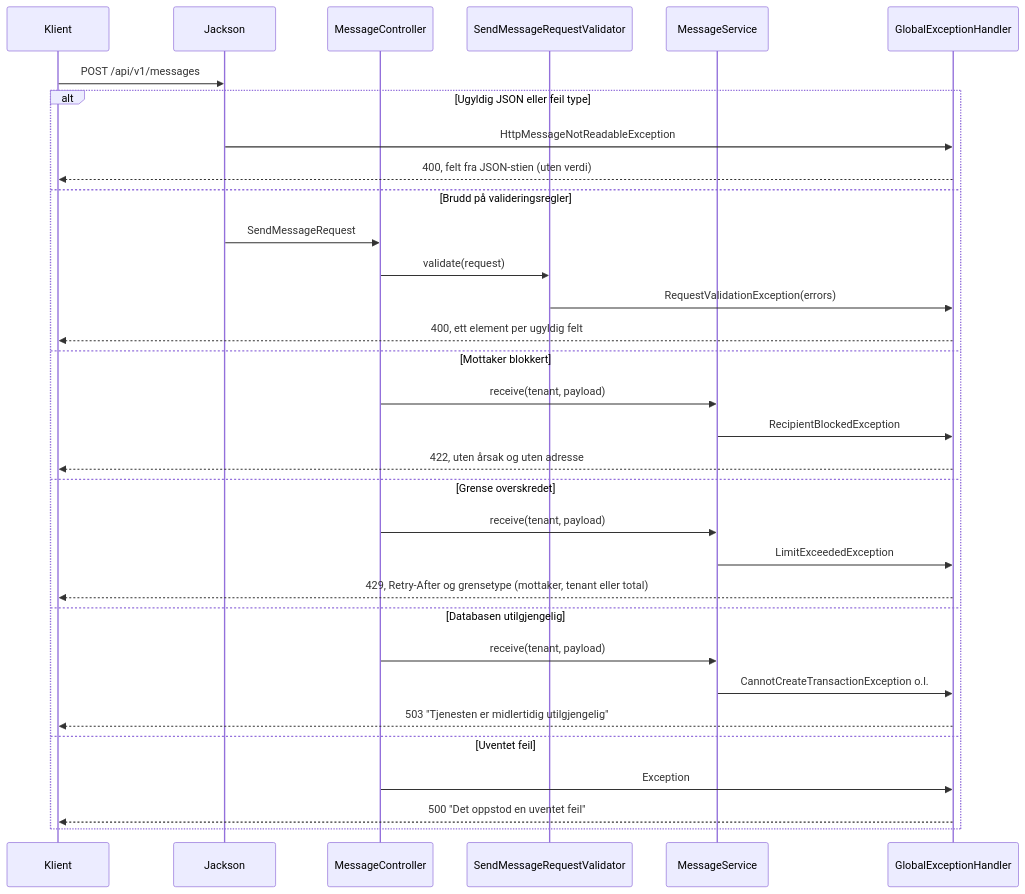
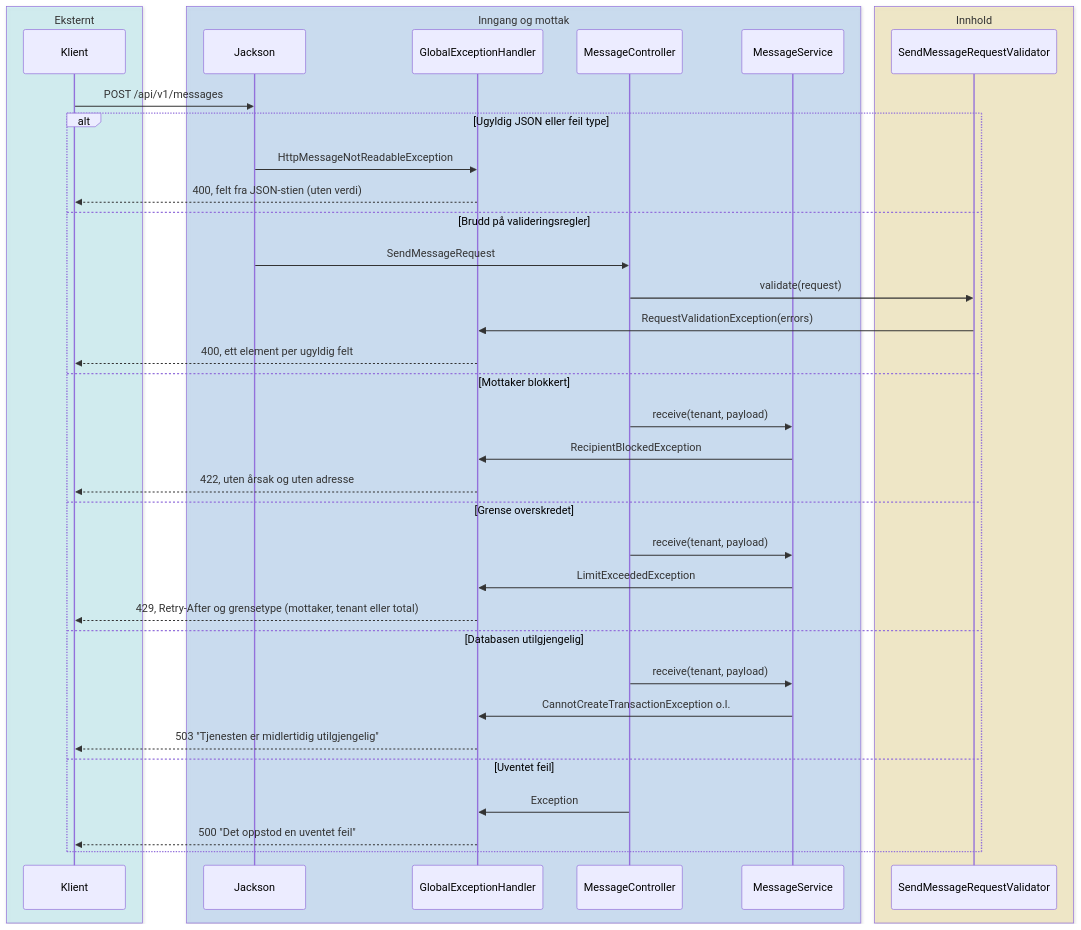
One commit to FINTLabs/fint-communication-service changed the tenth of 14 diagrams in docs/architecture.md. Above: the diagram before and after it, drawn with Mermaid. The commit also changed other lines of this file and 33 other files, not shown here.

````diff
--- a/docs/architecture.md
+++ b/docs/architecture.md
@@ -581,35 +686,41 @@
 ```mermaid
 sequenceDiagram
-    participant C as Klient
-    participant J as Jackson
-    participant MC as MessageController
-    participant V as SendMessageRequestValidator
-    participant MS as MessageService
-    participant H as GlobalExceptionHandler
+    box rgba(165,243,252,0.35) Eksternt
+        participant C as Klient
+    end
+    box rgba(147,197,253,0.35) Inngang og mottak
+        participant J as Jackson
+        participant H as GlobalExceptionHandler
+        participant MC as MessageController
+        participant MS as MessageService
+    end
+    box rgba(253,230,138,0.35) Innhold
+        participant V as SendMessageRequestValidator
+    end
 
     C->>J: POST /api/v1/messages
     alt Ugyldig JSON eller feil type
         J->>H: HttpMessageNotReadableException
         H-->>C: 400, felt fra JSON-stien (uten verdi)
     else Brudd på valideringsregler
         J->>MC: SendMessageRequest
         MC->>V: validate(request)
         V->>H: RequestValidationException(errors)
         H-->>C: 400, ett element per ugyldig felt
     else Mottaker blokkert
         MC->>MS: receive(tenant, payload)
         MS->>H: RecipientBlockedException
         H-->>C: 422, uten årsak og uten adresse
     else Grense overskredet
         MC->>MS: receive(tenant, payload)
         MS->>H: LimitExceededException
         H-->>C: 429, Retry-After og grensetype (mottaker, tenant eller total)
     else Databasen utilgjengelig
         MC->>MS: receive(tenant, payload)
         MS->>H: CannotCreateTransactionException o.l.
         H-->>C: 503 "Tjenesten er midlertidig utilgjengelig"
     else Uventet feil
         MC->>H: Exception
         H-->>C: 500 "Det oppstod en uventet feil"
     end
 ```
````
